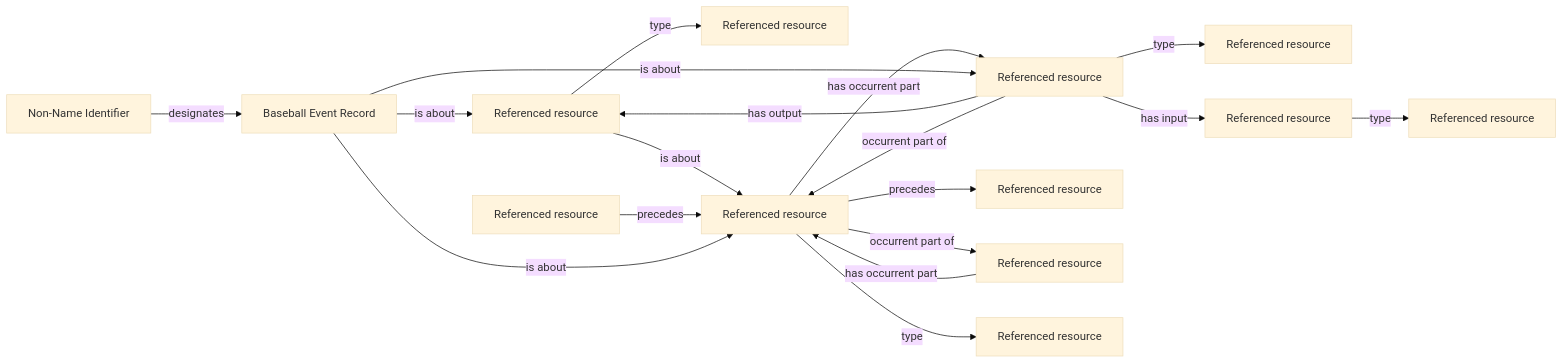
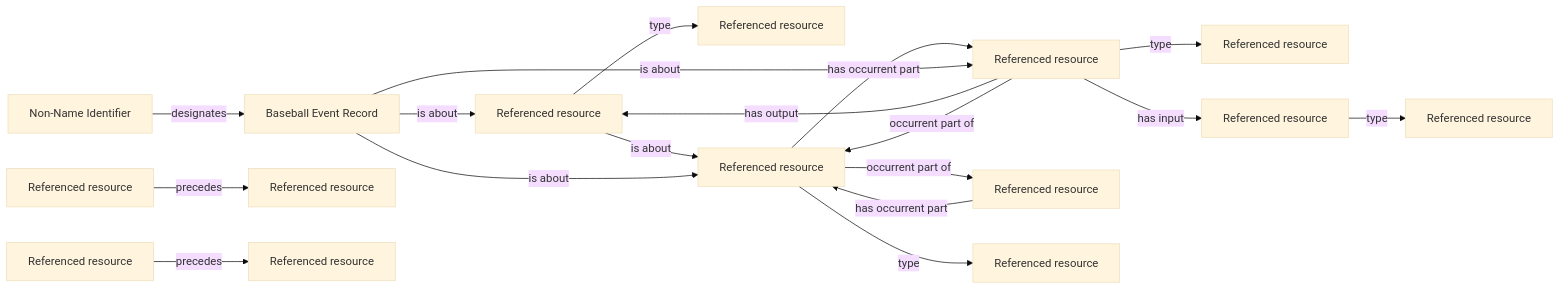
Before and after one commit to CarterBeauBenson/BaseballO: the diagram in Baseball/mermaid/patterns/ontology/68-automatic-count-awards.md, drawn with Mermaid (base theme). The commit also changed other lines of this file and 157 other files, not shown here.

````diff
--- a/Baseball/mermaid/patterns/ontology/68-automatic-count-awards.md
+++ b/Baseball/mermaid/patterns/ontology/68-automatic-count-awards.md
@@ -10,33 +10,35 @@
 ```mermaid
 flowchart LR
     N01["Referenced resource"]
     N02["Referenced resource"]
     N03["Referenced resource"]
     N04["Referenced resource"]
     N05["Referenced resource"]
     N06["Referenced resource"]
     N07["Referenced resource"]
-    N08["Referenced resource"]
-    N09["Referenced resource"]
-    N10["Non-Name Identifier"]
-    N11["Baseball Event Record"]
+    N08["Non-Name Identifier"]
+    N09["Baseball Event Record"]
+    N10["Referenced resource"]
+    N11["Referenced resource"]
     N12["Referenced resource"]
     N13["Referenced resource"]
-    N02 -->|is about| N09
+    N14["Referenced resource"]
+    N15["Referenced resource"]
+    N02 -->|is about| N07
     N02 -->|type| N01
-    N04 -->|has input| N13
+    N04 -->|has input| N11
     N04 -->|has output| N02
-    N04 -->|occurrent part of| N09
+    N04 -->|occurrent part of| N07
     N04 -->|type| N03
-    N06 -->|has occurrent part| N09
-    N07 -->|precedes| N09
-    N09 -->|has occurrent part| N04
-    N09 -->|occurrent part of| N06
-    N09 -->|precedes| N05
-    N09 -->|type| N08
-    N10 -->|designates| N11
-    N11 -->|is about| N02
-    N11 -->|is about| N04
-    N11 -->|is about| N09
-    N13 -->|type| N12
+    N05 -->|has occurrent part| N07
+    N07 -->|has occurrent part| N04
+    N07 -->|occurrent part of| N05
+    N07 -->|type| N06
+    N08 -->|designates| N09
+    N09 -->|is about| N02
+    N09 -->|is about| N04
+    N09 -->|is about| N07
+    N11 -->|type| N10
+    N13 -->|precedes| N12
+    N14 -->|precedes| N15
 ```
````
